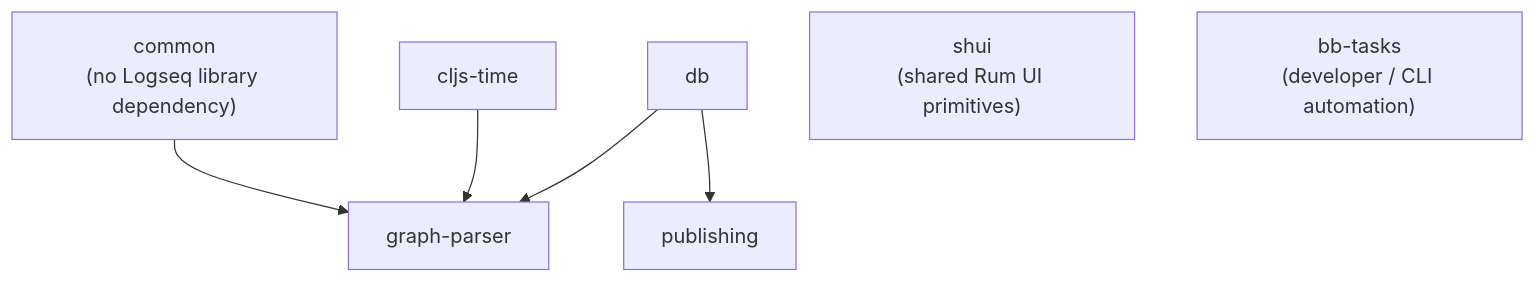
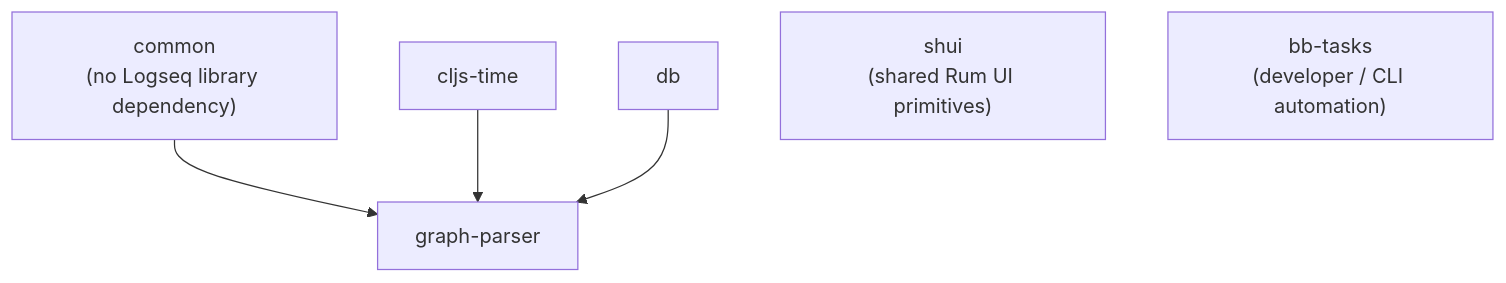
One commit to talal/logseq-og changed the diagram in docs/repository-map.md. Above: the diagram before and after it, drawn with Mermaid. The commit also changed other lines of this file and 77 other files, not shown here.

````diff
--- a/docs/repository-map.md
+++ b/docs/repository-map.md
@@ -21,15 +21,13 @@
 ```mermaid
 flowchart TB
     common["common<br>(no Logseq library dependency)"]
     cljs_time["cljs-time"]
     graph_parser["graph-parser"]
     db["db"]
-    publishing["publishing"]
     shui["shui<br>(shared Rum UI primitives)"]
     bb_tasks["bb-tasks<br>(developer / CLI automation)"]
 
     common --> graph_parser
     cljs_time --> graph_parser
     db --> graph_parser
-    db --> publishing
 ```
````
